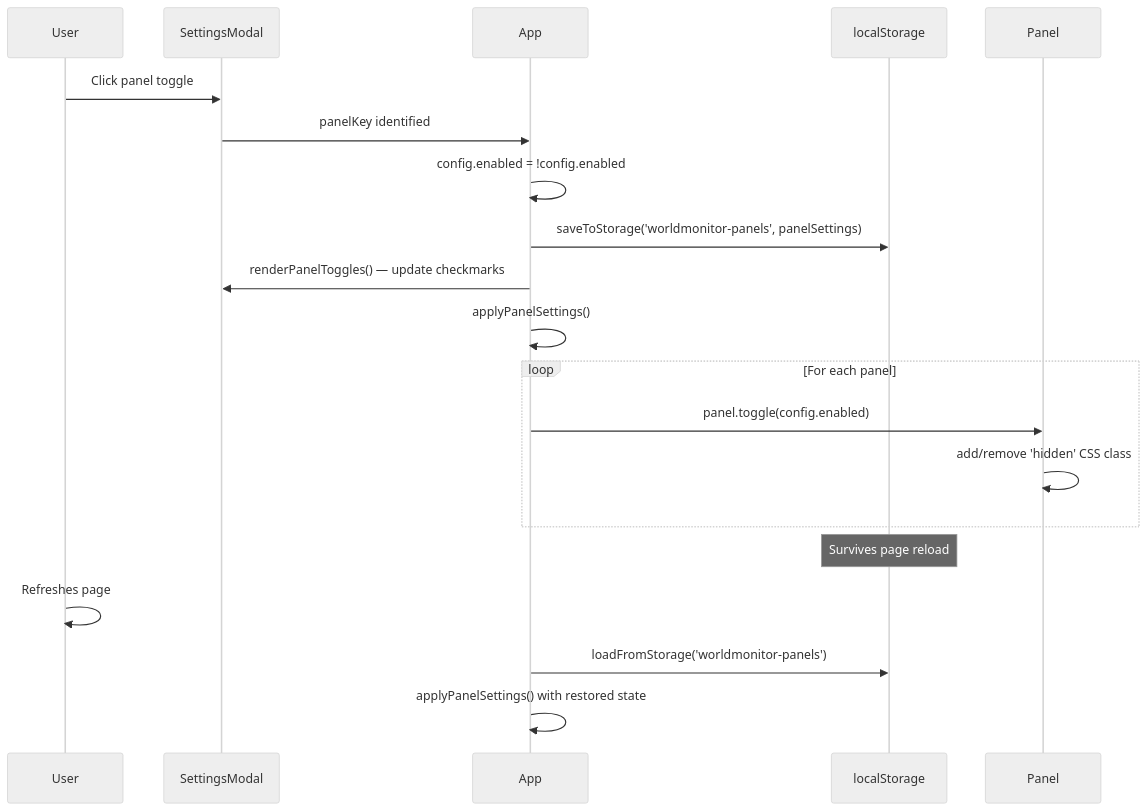
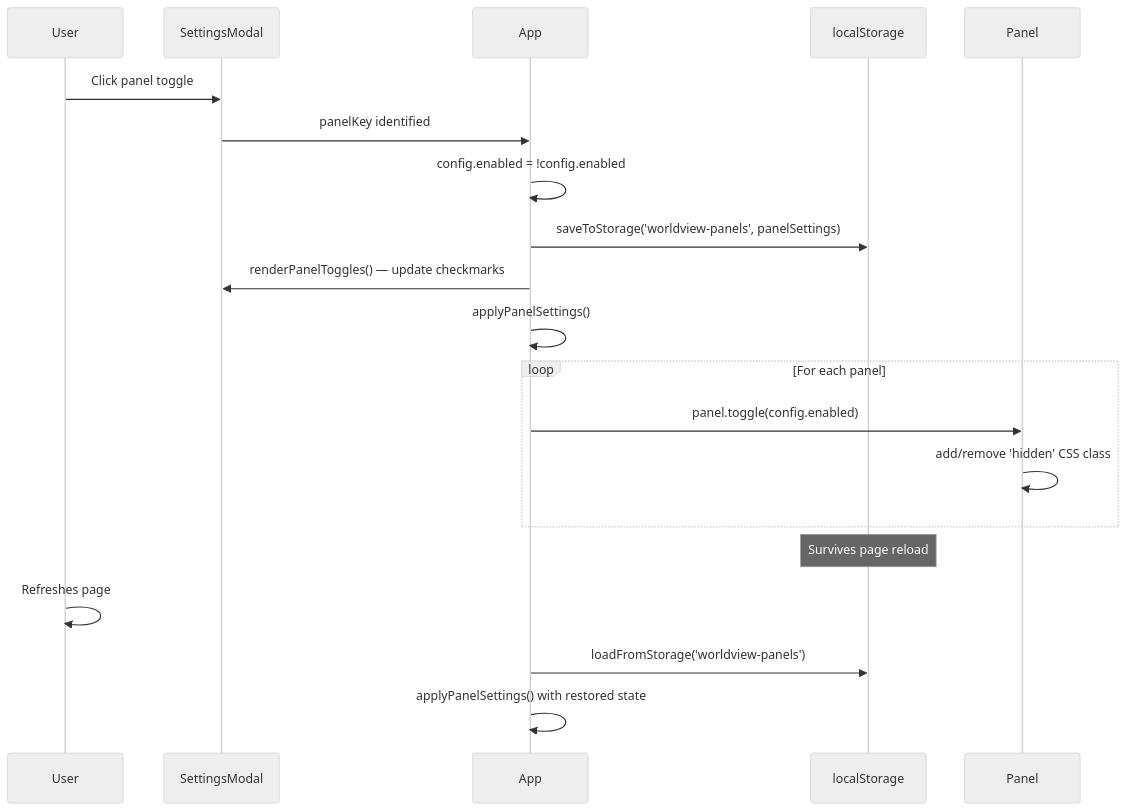
One commit to mannie09/World_View changed the third of 3 diagrams in docs/Docs_To_Review/PANELS.md. Above: the diagram before and after it, drawn with Mermaid (neutral theme). The commit also changed other lines of this file and 2244 other files, not shown here.

````diff
--- a/docs/Docs_To_Review/PANELS.md
+++ b/docs/Docs_To_Review/PANELS.md
@@ -875,23 +875,23 @@
 ```mermaid
 sequenceDiagram
     participant User
     participant SettingsModal
     participant App
     participant localStorage
     participant Panel
 
     User->>SettingsModal: Click panel toggle
     SettingsModal->>App: panelKey identified
     App->>App: config.enabled = !config.enabled
-    App->>localStorage: saveToStorage('worldmonitor-panels', panelSettings)
+    App->>localStorage: saveToStorage('worldview-panels', panelSettings)
     App->>SettingsModal: renderPanelToggles() — update checkmarks
     App->>App: applyPanelSettings()
     loop For each panel
         App->>Panel: panel.toggle(config.enabled)
         Panel->>Panel: add/remove 'hidden' CSS class
     end
     Note over localStorage: Survives page reload
     User->>User: Refreshes page
-    App->>localStorage: loadFromStorage('worldmonitor-panels')
+    App->>localStorage: loadFromStorage('worldview-panels')
     App->>App: applyPanelSettings() with restored state
 ```
````
